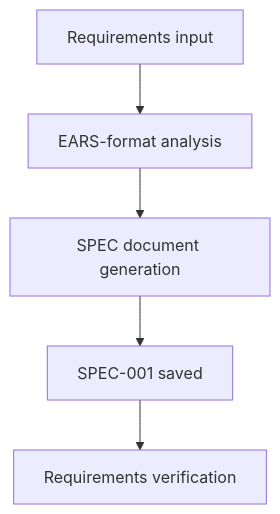
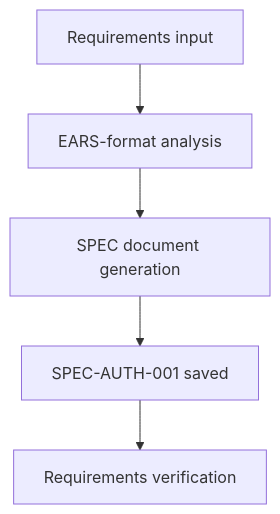
One commit to modu-ai/moai-adk changed the second of 9 diagrams in docs-site/content/en/getting-started/quickstart.md. Above: the diagram before and after it, drawn with Mermaid. The commit also changed other lines of this file and 42 other files, not shown here.

````diff
--- a/docs-site/content/en/getting-started/quickstart.md
+++ b/docs-site/content/en/getting-started/quickstart.md
@@ -97,7 +97,7 @@
 ```mermaid
 flowchart TB
     A["Requirements input"] --> B["EARS-format analysis"]
     B --> C["SPEC document generation"]
-    C --> D["SPEC-001 saved"]
+    C --> D["SPEC-AUTH-001 saved"]
     D --> E["Requirements verification"]
 ```
````
